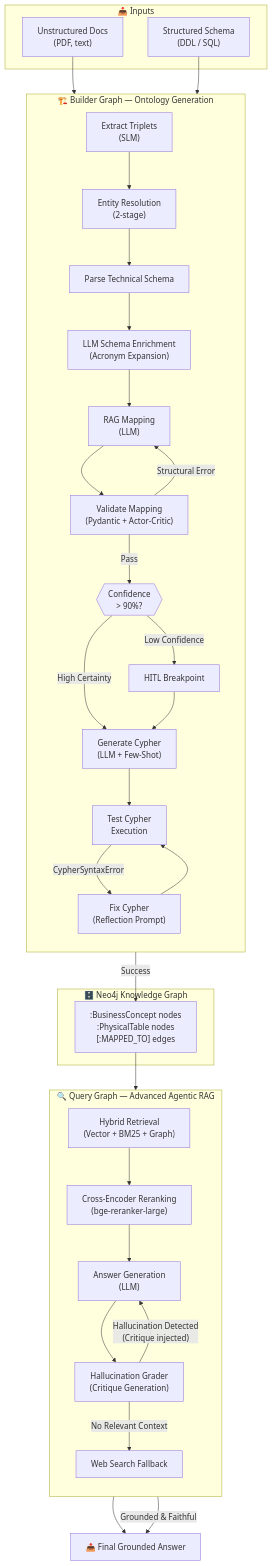
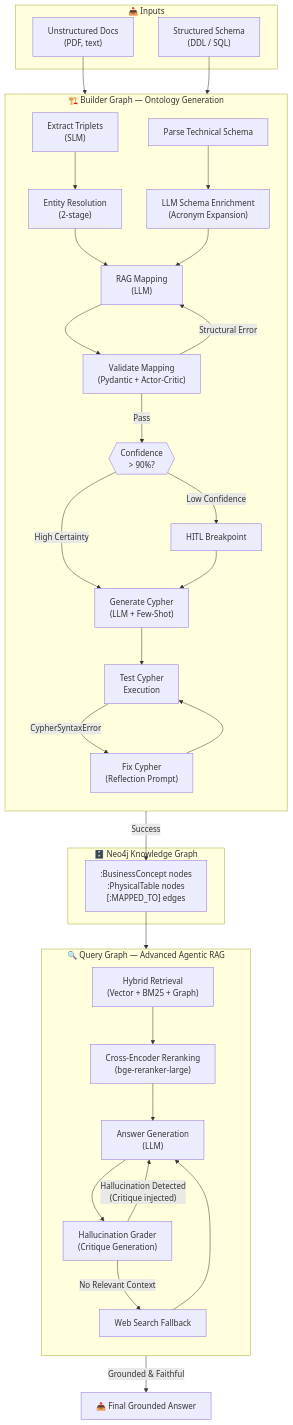
The first of 8 diagrams in docs/draft/SPECS.md (LookUpMark/semanticmesh), drawn with Mermaid before and after one commit. The commit also changed other lines of this file, not shown here.

Commit message:
fix: Update flow diagrams and fix structural errors in SPECS.md

````diff
--- a/docs/draft/SPECS.md
+++ b/docs/draft/SPECS.md
@@ -54,55 +54,57 @@
 ```mermaid
 graph TB
     subgraph INPUT["📥 Inputs"]
         PDF["Unstructured Docs\n(PDF, text)"]
         DDL["Structured Schema\n(DDL / SQL)"]
     end
 
     subgraph BUILDER["🏗️ Builder Graph — Ontology Generation"]
         direction TB
         B1["Extract Triplets\n(SLM)"]
         B2["Entity Resolution\n(2-stage)"]
         B3["Parse Technical Schema"]
         B3a["LLM Schema Enrichment\n(Acronym Expansion)"]
         B4["RAG Mapping\n(LLM)"]
         B5["Validate Mapping\n(Pydantic + Actor-Critic)"]
         B6{{"Confidence\n> 90%?"}}
         B7["HITL Breakpoint"]
         B8["Generate Cypher\n(LLM + Few-Shot)"]
         B9["Test Cypher\nExecution"]
         B10["Fix Cypher\n(Reflection Prompt)"]
     end
 
     subgraph NEO4J["🗄️ Neo4j Knowledge Graph"]
         KG[":BusinessConcept nodes\n:PhysicalTable nodes\n[:MAPPED_TO] edges"]
     end
 
     subgraph QUERY["🔍 Query Graph — Advanced Agentic RAG"]
         direction TB
         Q1["Hybrid Retrieval\n(Vector + BM25 + Graph)"]
         Q2["Cross-Encoder Reranking\n(bge-reranker-large)"]
         Q3["Answer Generation\n(LLM)"]
         Q4["Hallucination Grader\n(Critique Generation)"]
         Q5["Web Search Fallback"]
     end
 
     OUTPUT["📤 Final Grounded Answer"]
 
     PDF --> B1
     DDL --> B3
-    B1 --> B2 --> B3 --> B3a --> B4 --> B5
+    B1 --> B2 --> B4
+    B3 --> B3a --> B4
+    B4 --> B5
     B5 -- "Structural Error" --> B4
     B5 -- "Pass" --> B6
     B6 -- "Low Confidence" --> B7
     B6 -- "High Certainty" --> B8
     B7 --> B8
     B8 --> B9
     B9 -- "CypherSyntaxError" --> B10 --> B9
     B9 -- "Success" --> KG
 
     KG --> Q1
     Q1 --> Q2 --> Q3 --> Q4
     Q4 -- "Hallucination Detected\n(Critique injected)" --> Q3
-    Q4 -- "No Relevant Context" --> Q5 --> OUTPUT
+    Q4 -- "No Relevant Context" --> Q5 --> Q3
     Q4 -- "Grounded & Faithful" --> OUTPUT
 ```
````
